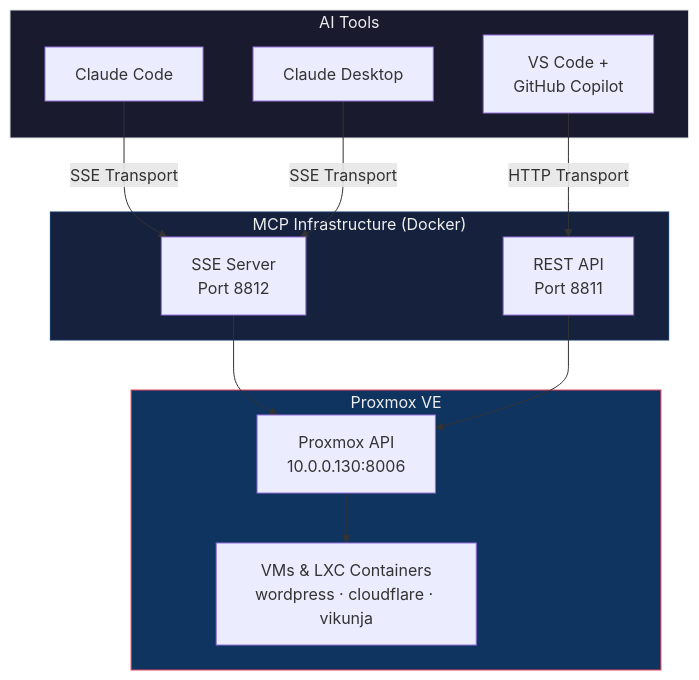
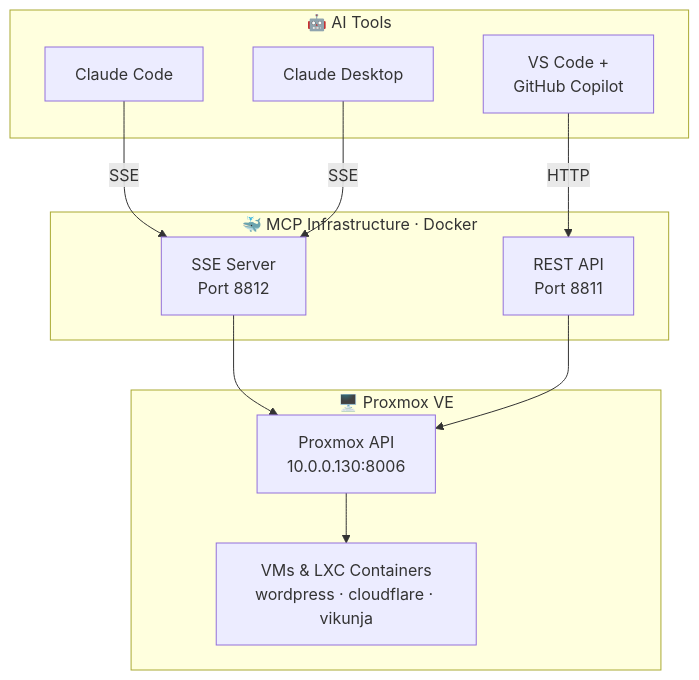
The second of 3 diagrams in docs/homelab/mcp-proxmox-infrastructure.md (jdlocklin-backyard/codeandcamera), drawn with Mermaid before and after one commit. The commit also changed other lines of this file, not shown here.

Commit message:
Fix Mermaid diagram colors to use theme defaults instead of hardcoded dark palette

````diff
--- a/docs/homelab/mcp-proxmox-infrastructure.md
+++ b/docs/homelab/mcp-proxmox-infrastructure.md
@@ -143,30 +140,26 @@
 ```mermaid
 flowchart TB
-    subgraph tools["AI Tools"]
+    subgraph tools["🤖 AI Tools"]
         CC["Claude Code"]
         CD["Claude Desktop"]
         VSC["VS Code +\nGitHub Copilot"]
     end
 
-    subgraph mcp["MCP Infrastructure (Docker)"]
+    subgraph mcp["🐳 MCP Infrastructure · Docker"]
         SSE["SSE Server\nPort 8812"]
         REST["REST API\nPort 8811"]
     end
 
-    subgraph proxmox["Proxmox VE"]
+    subgraph proxmox["🖥️ Proxmox VE"]
         API["Proxmox API\n10.0.0.130:8006"]
         VMS["VMs & LXC Containers\nwordpress · cloudflare · vikunja"]
     end
 
-    CC -->|"SSE Transport"| SSE
-    CD -->|"SSE Transport"| SSE
-    VSC -->|"HTTP Transport"| REST
+    CC -- "SSE" --> SSE
+    CD -- "SSE" --> SSE
+    VSC -- "HTTP" --> REST
 
     SSE --> API
     REST --> API
     API --> VMS
-
-    style tools fill:#1a1a2e,stroke:#e2e2e2,color:#eee
-    style mcp fill:#16213e,stroke:#0f3460,color:#eee
-    style proxmox fill:#0f3460,stroke:#e94560,color:#eee
 ```
````
